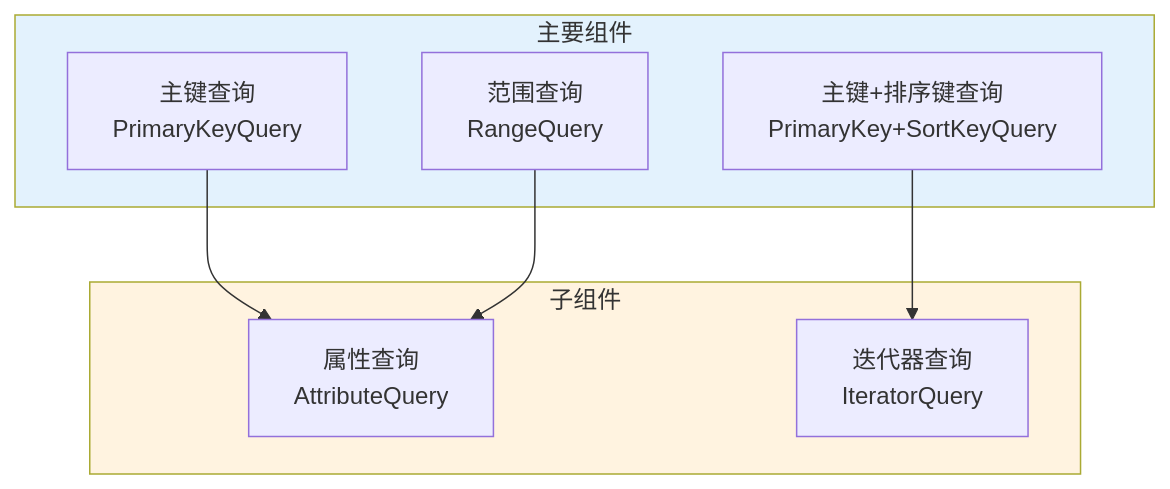
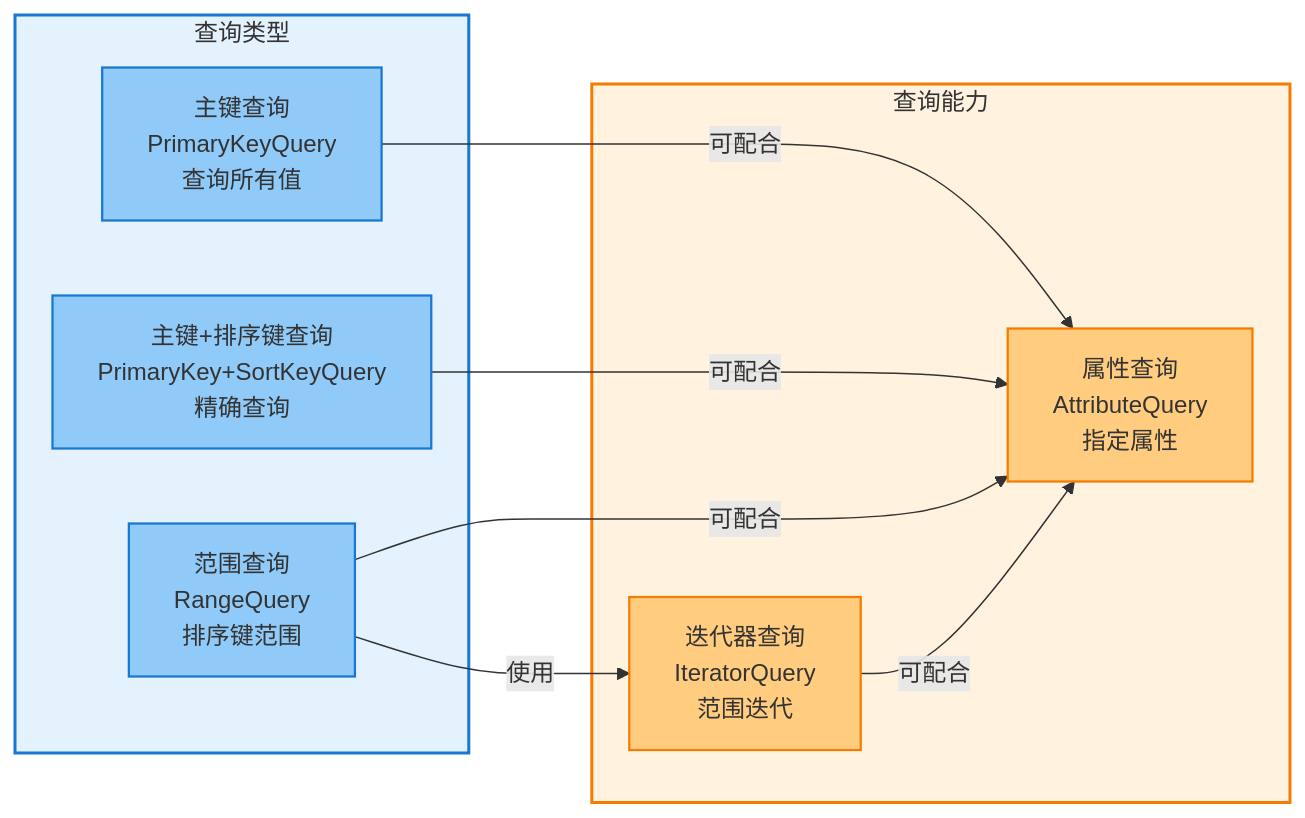
Diagram 14 of 28 in _posts/2025-07-14-indexlib-8-index-types.md (zhouzhilong-commits/zhouzhilong-commits.github.io), drawn with Mermaid before and after one commit. The commit also changed other lines of this file and 6 other files, not shown here.

````diff
--- a/_posts/2025-07-14-indexlib-8-index-types.md
+++ b/_posts/2025-07-14-indexlib-8-index-types.md
@@ -638,20 +751,27 @@
 ```mermaid
-flowchart TD
-    subgraph Main["主要组件"]
-        A["主键查询<br/>PrimaryKeyQuery"]
-        B["主键+排序键查询<br/>PrimaryKey+SortKeyQuery"]
-        C["范围查询<br/>RangeQuery"]
+flowchart LR
+    subgraph Query["查询类型"]
+        A["主键查询<br/>PrimaryKeyQuery<br/>查询所有值"]
+        B["主键+排序键查询<br/>PrimaryKey+SortKeyQuery<br/>精确查询"]
+        C["范围查询<br/>RangeQuery<br/>排序键范围"]
     end
     
-    subgraph Sub["子组件"]
-        D["属性查询<br/>AttributeQuery"]
-        E["迭代器查询<br/>IteratorQuery"]
+    subgraph Support["查询能力"]
+        D["属性查询<br/>AttributeQuery<br/>指定属性"]
+        E["迭代器查询<br/>IteratorQuery<br/>范围迭代"]
     end
     
-    A --> D
-    B --> E
-    C --> D
+    A -->|可配合| D
+    B -->|可配合| D
+    C -->|使用| E
+    C -->|可配合| D
+    E -->|可配合| D
     
-    style Main fill:#e3f2fd
-    style Sub fill:#fff3e0
+    style Query fill:#e3f2fd,stroke:#1976d2,stroke-width:2px
+    style Support fill:#fff3e0,stroke:#f57c00,stroke-width:2px
+    style A fill:#90caf9,stroke:#1976d2,stroke-width:1.5px
+    style B fill:#90caf9,stroke:#1976d2,stroke-width:1.5px
+    style C fill:#90caf9,stroke:#1976d2,stroke-width:1.5px
+    style D fill:#ffcc80,stroke:#f57c00,stroke-width:1.5px
+    style E fill:#ffcc80,stroke:#f57c00,stroke-width:1.5px
 ```
````
